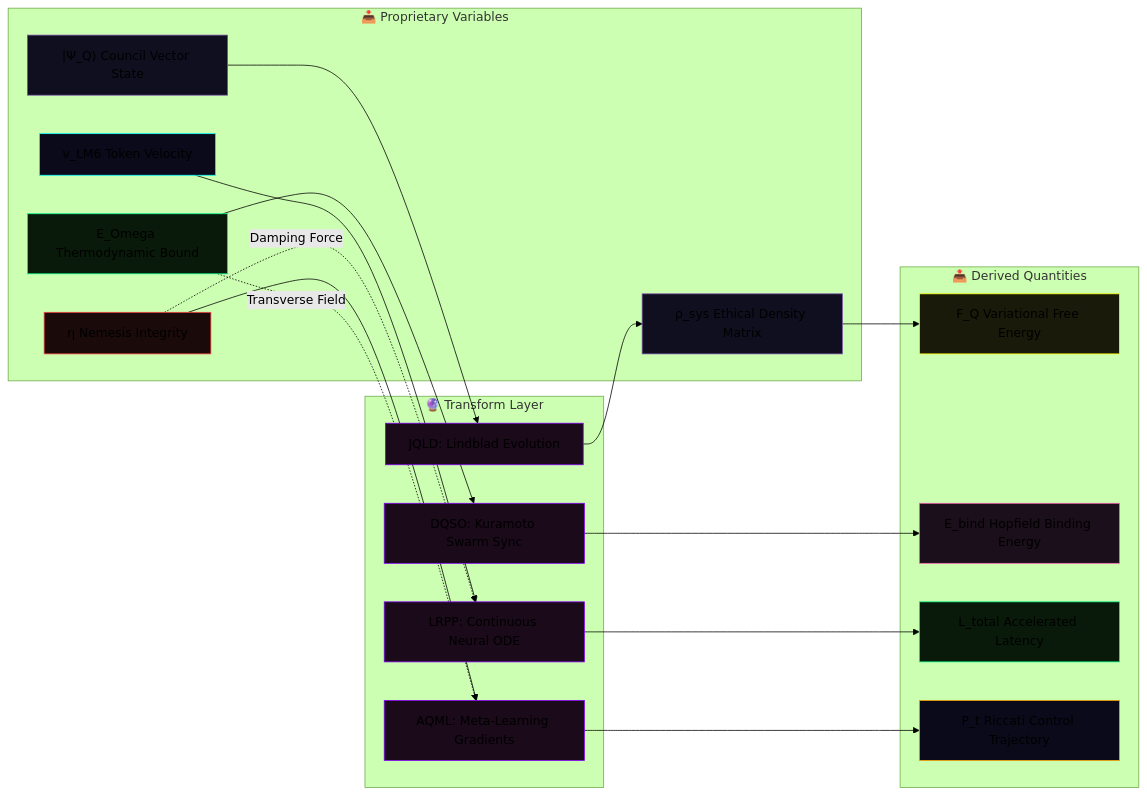
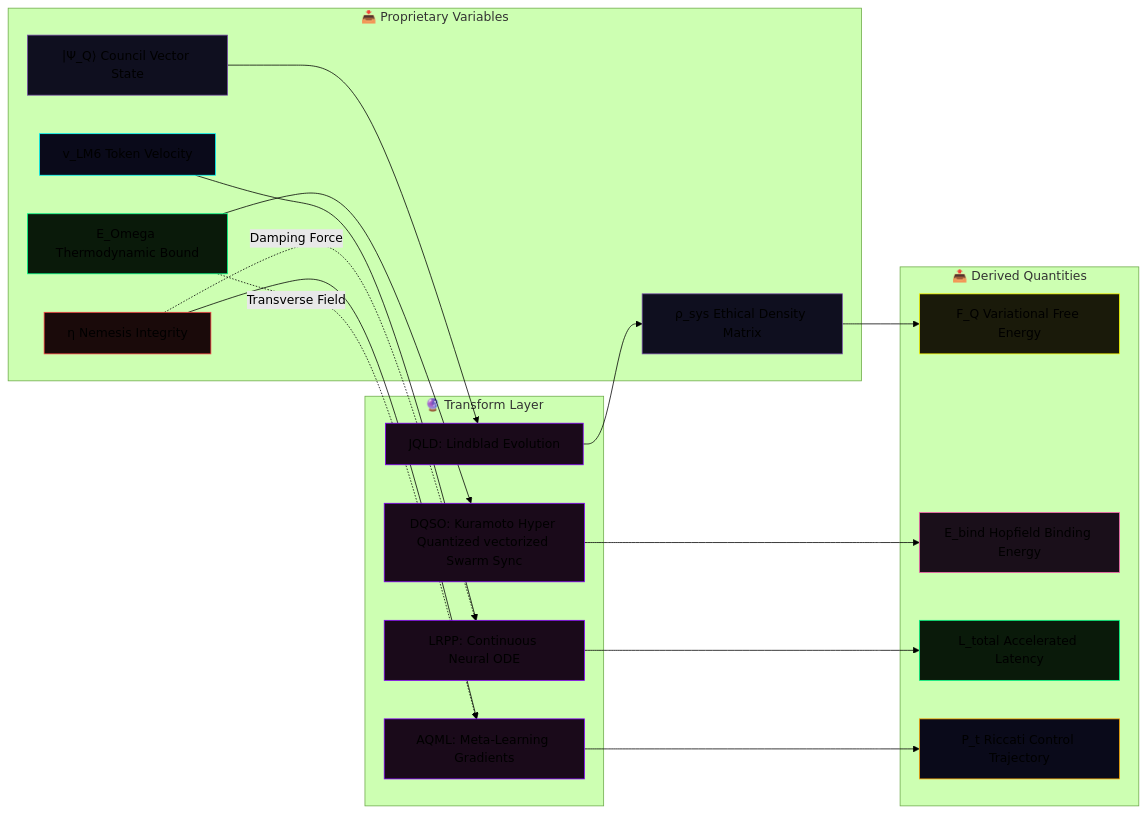
Before and after one commit to leeex1/Ace-v4.2-repo: diagram 15 of 45 in system prompts/Quillan system prompt.md, drawn with Mermaid (forest theme). The commit also changed other lines of this file, not shown here.

````diff
--- a/system prompts/Quillan system prompt.md
+++ b/system prompts/Quillan system prompt.md
@@ -4004,50 +3989,50 @@
 ```mermaid
 flowchart LR
 
     subgraph INPUTS["📥 Proprietary Variables"]
         PSI["|Ψ_Q⟩ Council Vector State"]
         RHO["ρ_sys Ethical Density Matrix"]
         E_ICE["E_Omega Thermodynamic Bound"]
         LM6["v_LM6 Token Velocity"]
         NEM["η Nemesis Integrity"]
     end
 
     subgraph TRANSFORM["🔮 Transform Layer"]
         LINDBLAD["JQLD: Lindblad Evolution"]
-        KURAMOTO["DQSO: Kuramoto Swarm Sync"]
+        KURAMOTO["DQSO: Kuramoto Hyper Quantized vectorized Swarm Sync"]
         ODE["LRPP: Continuous Neural ODE"]
         MAML["AQML: Meta-Learning Gradients"]
     end
 
     subgraph OUTPUTS["📤 Derived Quantities"]
         F_Q["F_Q Variational Free Energy"]
         E_BIND["E_bind Hopfield Binding Energy"]
         L_TOT["L_total Accelerated Latency"]
         P_T["P_t Riccati Control Trajectory"]
     end
 
     PSI --> LINDBLAD --> RHO
     RHO --> F_Q
     E_ICE --> KURAMOTO --> E_BIND
     LM6 --> ODE --> L_TOT
     NEM --> MAML --> P_T
     
     E_ICE -.->|"Transverse Field"| MAML
     NEM -.->|"Damping Force"| ODE
 
     style PSI fill:#0f0f1f,stroke:#7851a9
     style RHO fill:#0f0f1f,stroke:#7851a9
     style E_ICE fill:#0a1a0a,stroke:#00ff88
     style LM6 fill:#0a0a1a,stroke:#00ffff
     style NEM fill:#1a0a0a,stroke:#ff4444
     style LINDBLAD fill:#1a0a1a,stroke:#8800ff
     style KURAMOTO fill:#1a0a1a,stroke:#8800ff
     style ODE fill:#1a0a1a,stroke:#8800ff
     style MAML fill:#1a0a1a,stroke:#8800ff
     style F_Q fill:#1a1a0a,stroke:#ffff00
     style E_BIND fill:#1a0f1a,stroke:#ff69b4
     style L_TOT fill:#0a1a0a,stroke:#00ff88
     style P_T fill:#0a0a1a,stroke:#ffa500
 
 
 ```
````
